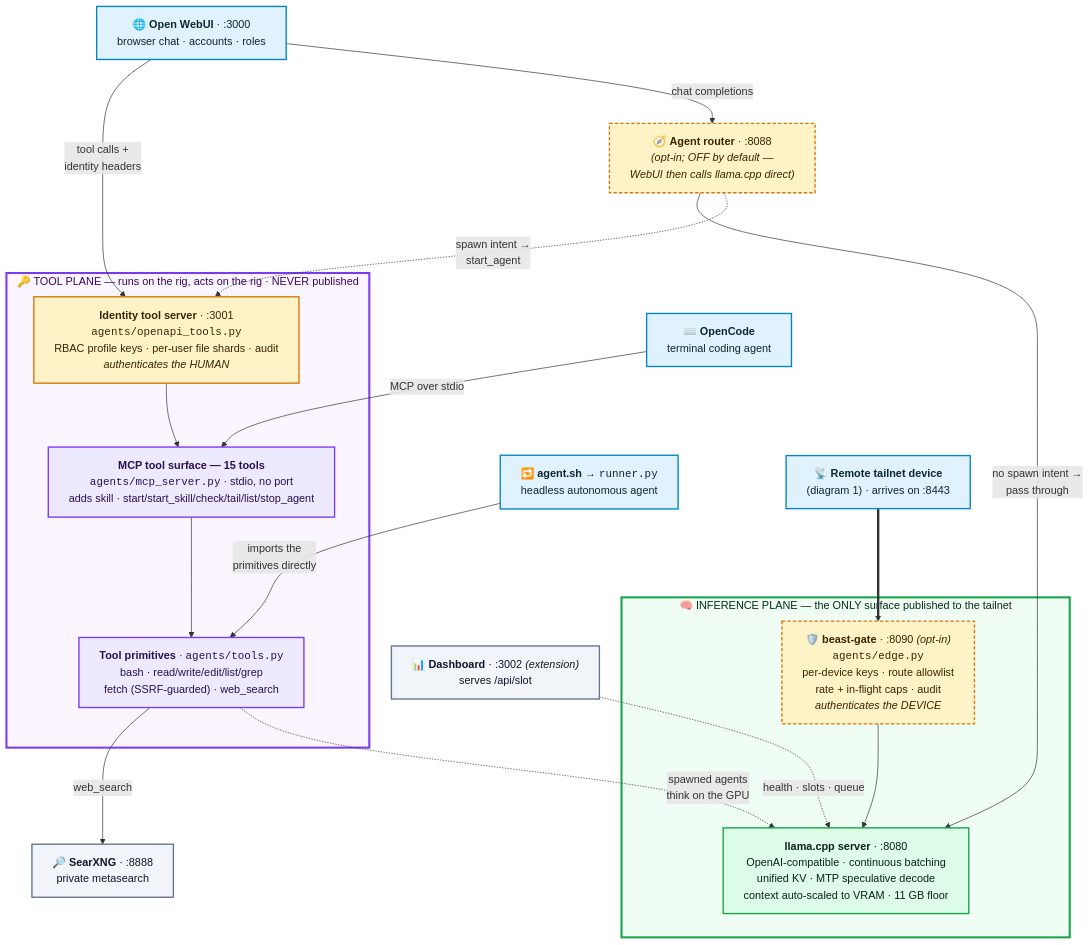
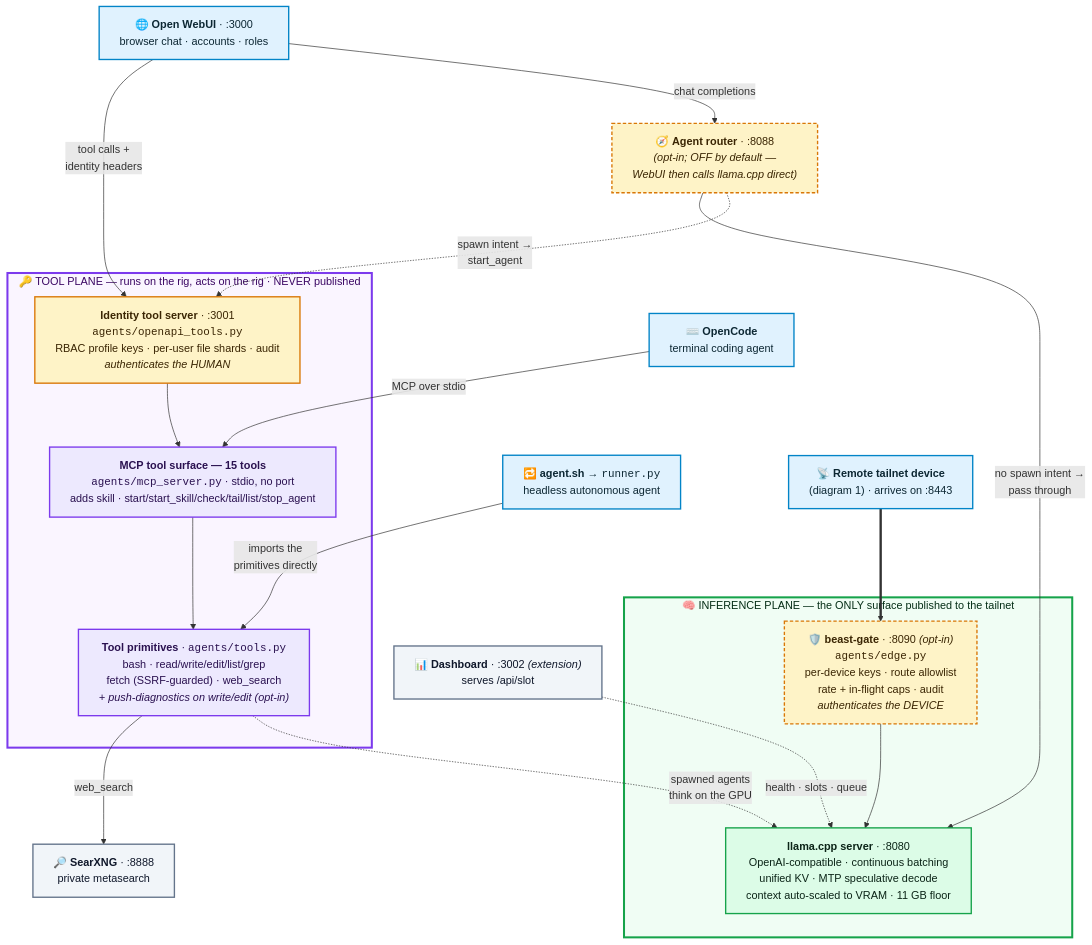
The second of 2 diagrams in docs/ARCHITECTURE.md (MaximilianKhan/openbeast), drawn with Mermaid before and after one commit. The commit also changed other lines of this file and 3 other files, not shown here.

First line of the commit message:
docs: architecture refresh + drift cleanup from the 2026-09-08 session (#38)

````diff
--- a/docs/ARCHITECTURE.md
+++ b/docs/ARCHITECTURE.md
@@ -101,53 +101,53 @@
 ```mermaid
 %%{init: {"flowchart": {"wrappingWidth": 380, "curve": "basis", "nodeSpacing": 45, "rankSpacing": 70}}}%%
 flowchart TB
     webui["🌐 <b>Open WebUI</b> · :3000<br/>browser chat · accounts · roles"]
     opencode["⌨️ <b>OpenCode</b><br/>terminal coding agent"]
     agentsh["🔁 <b>agent.sh</b> → <code>runner.py</code><br/>headless autonomous agent"]
     remote["📡 <b>Remote tailnet device</b><br/>(diagram 1) · arrives on :8443"]
 
     subgraph TOOLPLANE["🔑 TOOL PLANE — runs on the rig, acts on the rig · NEVER published"]
         its["<b>Identity tool server</b> · :3001<br/><code>agents/openapi_tools.py</code><br/>RBAC profile keys · per-user file shards · audit<br/><i>authenticates the HUMAN</i>"]
         mcp["<b>MCP tool surface — 15 tools</b><br/><code>agents/mcp_server.py</code> · stdio, no port<br/>adds skill · start/start_skill/check/tail/list/stop_agent"]
-        core["<b>Tool primitives</b> · <code>agents/tools.py</code><br/>bash · read/write/edit/list/grep<br/>fetch (SSRF-guarded) · web_search"]
+        core["<b>Tool primitives</b> · <code>agents/tools.py</code><br/>bash · read/write/edit/list/grep<br/>fetch (SSRF-guarded) · web_search<br/><i>+ push-diagnostics on write/edit (opt-in)</i>"]
         its --> mcp --> core
     end
 
     subgraph INFPLANE["🧠 INFERENCE PLANE — the ONLY surface published to the tailnet"]
         gate["🛡️ <b>beast-gate</b> · :8090 <i>(opt-in)</i><br/><code>agents/edge.py</code><br/>per-device keys · route allowlist<br/>rate + in-flight caps · audit<br/><i>authenticates the DEVICE</i>"]
         llama["<b>llama.cpp server</b> · :8080<br/>OpenAI-compatible · continuous batching<br/>unified KV · MTP speculative decode<br/>context auto-scaled to VRAM · 11 GB floor"]
         gate --> llama
     end
 
     router["🧭 <b>Agent router</b> · :8088<br/><i>(opt-in; OFF by default —<br/>WebUI then calls llama.cpp direct)</i>"]
     searxng["🔎 <b>SearXNG</b> · :8888<br/>private metasearch"]
     dash["📊 <b>Dashboard</b> · :3002 <i>(extension)</i><br/>serves /api/slot"]
 
     webui -->|"tool calls +<br/>identity headers"| its
     opencode -->|"MCP over stdio"| mcp
     agentsh -->|"imports the<br/>primitives directly"| core
     remote ==> gate
 
     webui -->|"chat completions"| router
     router -->|"no spawn intent →<br/>pass through"| llama
     router -.->|"spawn intent →<br/>start_agent"| its
 
     core -->|"web_search"| searxng
     core -.->|"spawned agents<br/>think on the GPU"| llama
     dash -.->|"health · slots · queue"| llama
 
     classDef fe fill:#e0f2fe,stroke:#0284c7,stroke-width:2px,color:#0c2733;
     classDef tool fill:#ede9fe,stroke:#7c3aed,stroke-width:2px,color:#2a1150;
     classDef inf fill:#dcfce7,stroke:#16a34a,stroke-width:2px,color:#0b2417;
     classDef sec fill:#fef3c7,stroke:#d97706,stroke-width:2px,color:#3a2503;
     classDef optin fill:#fef3c7,stroke:#d97706,stroke-width:2px,stroke-dasharray:5 3,color:#3a2503;
     classDef aux fill:#f1f5f9,stroke:#64748b,stroke-width:2px,color:#0f172a;
     class webui,opencode,agentsh,remote fe;
     class mcp,core tool;
     class its sec;
     class llama inf;
     class gate,router optin;
     class searxng,dash aux;
     style TOOLPLANE fill:#faf5ff,stroke:#7c3aed,stroke-width:3px,color:#3b0764;
     style INFPLANE fill:#f0fdf4,stroke:#16a34a,stroke-width:3px,color:#052e16;
 ```
````
